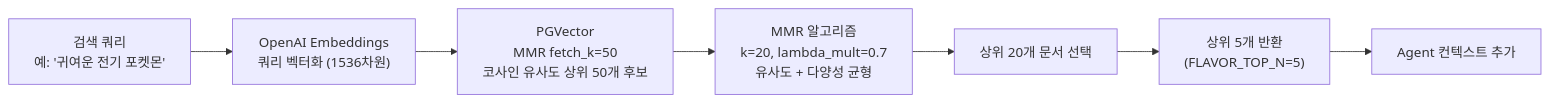
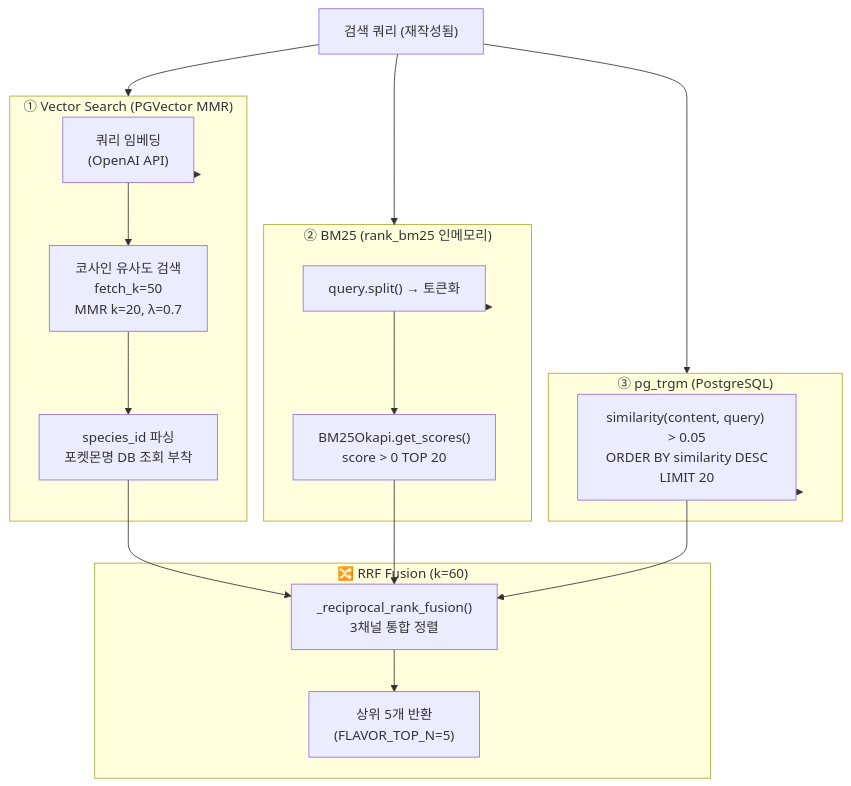
One commit to SKNETWORKS-FAMILY-AICAMP/SKN27-3rd-3TEAM changed the fourth of 7 diagrams in docs/챗봇/07_RAG_데이터파이프라인설계도.md. Above: the diagram before and after it, drawn with Mermaid. The commit also changed other lines of this file and 10 other files, not shown here.

````diff
--- a/docs/챗봇/07_RAG_데이터파이프라인설계도.md
+++ b/docs/챗봇/07_RAG_데이터파이프라인설계도.md
@@ -107,11 +108,30 @@
 ```mermaid
-flowchart LR
-    Q["검색 쿼리\n예: '귀여운 전기 포켓몬'"]
-    
-    Q --> EMB["OpenAI Embeddings\n쿼리 벡터화 (1536차원)"]
-    EMB --> FETCH["PGVector\nMMR fetch_k=50\n코사인 유사도 상위 50개 후보"]
-    FETCH --> MMR["MMR 알고리즘\nk=20, lambda_mult=0.7\n유사도 + 다양성 균형"]
-    MMR --> TOP["상위 20개 문서 선택"]
-    TOP --> SLICE["상위 5개 반환\n(FLAVOR_TOP_N=5)"]
-    SLICE --> CTX["Agent 컨텍스트 추가"]
+flowchart TD
+    Q["검색 쿼리 (재작성됨)"]
+
+    subgraph CH1["① Vector Search (PGVector MMR)"]
+        VEC_Q["쿼리 임베딩\n(OpenAI API)"]
+        VEC_SEARCH["코사인 유사도 검색\nfetch_k=50\nMMR k=20, λ=0.7"]
+        SID_PARSE["species_id 파싱\n포켓몬명 DB 조회 부착"]
+    end
+
+    subgraph CH2["② BM25 (rank_bm25 인메모리)"]
+        BM25_Q["query.split() → 토큰화"]
+        BM25_SCORE["BM25Okapi.get_scores()\nscore > 0 TOP 20"]
+    end
+
+    subgraph CH3["③ pg_trgm (PostgreSQL)"]
+        TRGM_Q["similarity(content, query) > 0.05\nORDER BY similarity DESC\nLIMIT 20"]
+    end
+
+    subgraph FUSE["🔀 RRF Fusion (k=60)"]
+        RRF["_reciprocal_rank_fusion()\n3채널 통합 정렬"]
+        TOP5["상위 5개 반환\n(FLAVOR_TOP_N=5)"]
+    end
+
+    Q --> CH1 & CH2 & CH3
+    CH1 --> VEC_Q --> VEC_SEARCH --> SID_PARSE
+    CH2 --> BM25_Q --> BM25_SCORE
+    CH3 --> TRGM_Q
+    SID_PARSE & BM25_SCORE & TRGM_Q --> RRF --> TOP5
 ```
````
